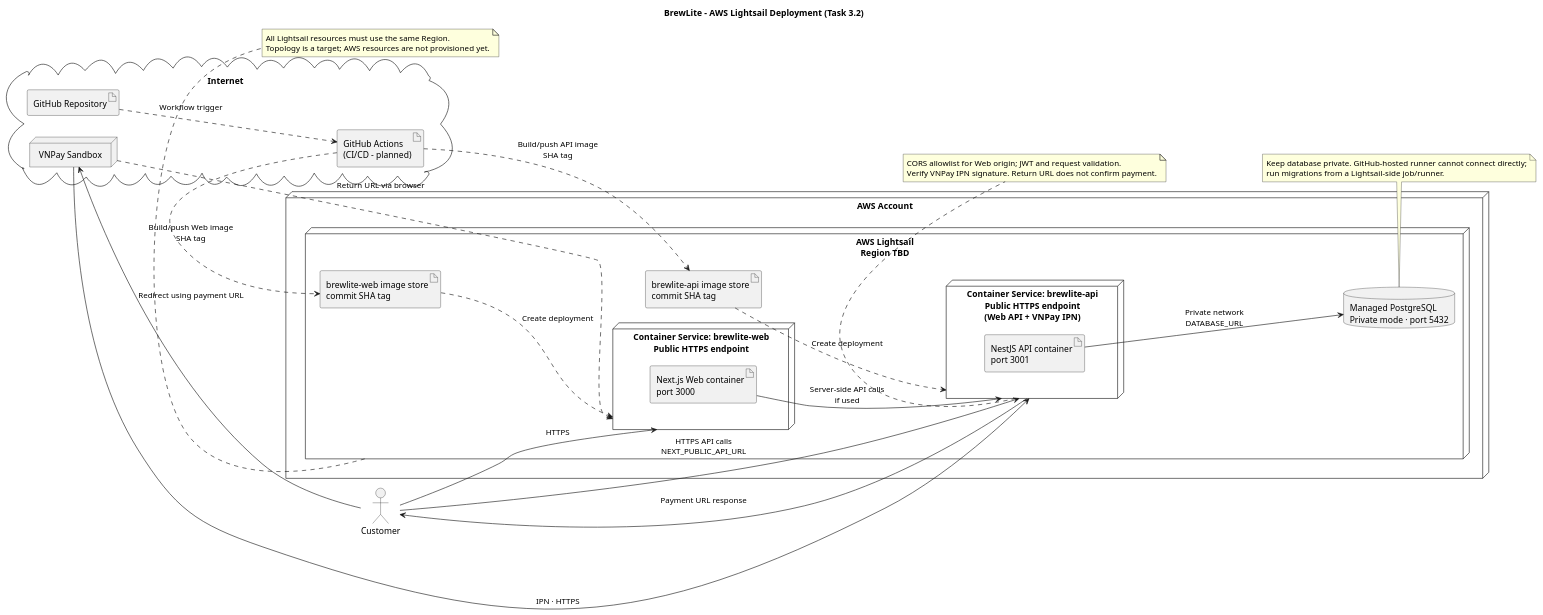
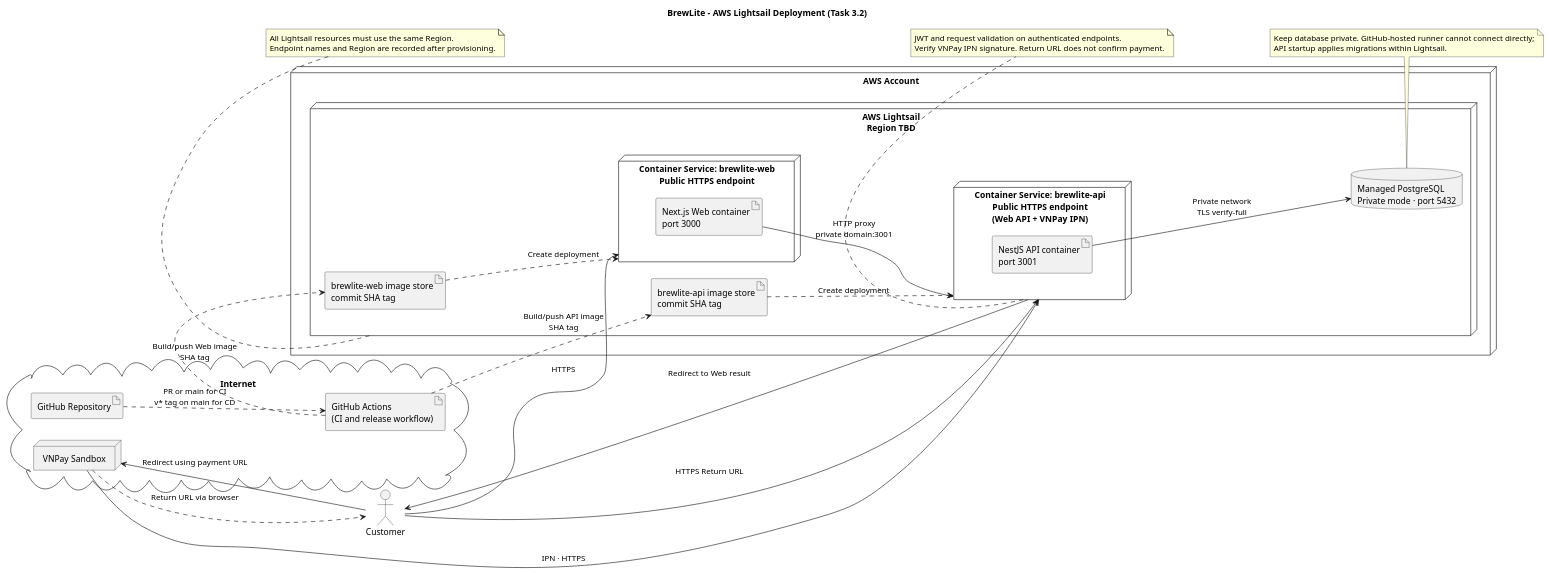
One commit to VKhair/brewlite changed the diagram in docs/diagrams/deploymentDiagram.puml. Above: the diagram before and after it, drawn with PlantUML. The commit also changed 25 other files, not shown here.

```diff
--- a/docs/diagrams/deploymentDiagram.puml
+++ b/docs/diagrams/deploymentDiagram.puml
@@ -1,62 +1,62 @@
 @startuml BrewLite_Lightsail_Deployment
 title BrewLite - AWS Lightsail Deployment (Task 3.2)
 
 left to right direction
 skinparam componentStyle rectangle
 skinparam shadowing false
 
 actor "Customer" as customer
 cloud "Internet" as internet {
   node "VNPay Sandbox" as vnp
   artifact "GitHub Repository" as repo
-  artifact "GitHub Actions\n(CI/CD - planned)" as actions
+  artifact "GitHub Actions\n(CI and release workflow)" as actions
 }
 
 node "AWS Account" as aws {
   node "AWS Lightsail\nRegion TBD" as lightsail {
     node "Container Service: brewlite-web\nPublic HTTPS endpoint" as webService {
       artifact "Next.js Web container\nport 3000" as web
     }
 
     node "Container Service: brewlite-api\nPublic HTTPS endpoint\n(Web API + VNPay IPN)" as apiService {
       artifact "NestJS API container\nport 3001" as api
     }
 
     database "Managed PostgreSQL\nPrivate mode · port 5432" as db
 
     artifact "brewlite-web image store\ncommit SHA tag" as webImages
     artifact "brewlite-api image store\ncommit SHA tag" as apiImages
   }
 }
 
 customer --> webService : HTTPS
-customer --> apiService : HTTPS API calls\nNEXT_PUBLIC_API_URL
-apiService --> customer : Payment URL response
+customer --> apiService : HTTPS Return URL
+apiService --> customer : Redirect to Web result
 customer --> vnp : Redirect using payment URL
 vnp --> apiService : IPN · HTTPS
-vnp ..> webService : Return URL via browser
-web --> apiService : Server-side API calls\nif used
-api --> db : Private network\nDATABASE_URL
+vnp ..> customer : Return URL via browser
+web --> apiService : HTTP proxy\nprivate domain:3001
+api --> db : Private network\nTLS verify-full
 
-repo ..> actions : Workflow trigger
+repo ..> actions : PR or main for CI\nv* tag on main for CD
 actions ..> webImages : Build/push Web image\nSHA tag
 actions ..> apiImages : Build/push API image\nSHA tag
 webImages ..> webService : Create deployment
 apiImages ..> apiService : Create deployment
 
 note bottom of lightsail
 All Lightsail resources must use the same Region.
-Topology is a target; AWS resources are not provisioned yet.
+Endpoint names and Region are recorded after provisioning.
 end note
 
 note bottom of apiService
-CORS allowlist for Web origin; JWT and request validation.
+JWT and request validation on authenticated endpoints.
 Verify VNPay IPN signature. Return URL does not confirm payment.
 end note
 
 note bottom of db
 Keep database private. GitHub-hosted runner cannot connect directly;
-run migrations from a Lightsail-side job/runner.
+API startup applies migrations within Lightsail.
 end note
 
 @enduml
```
